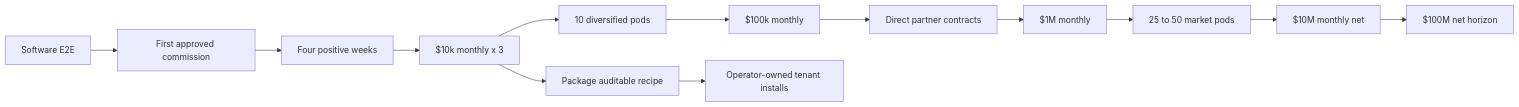
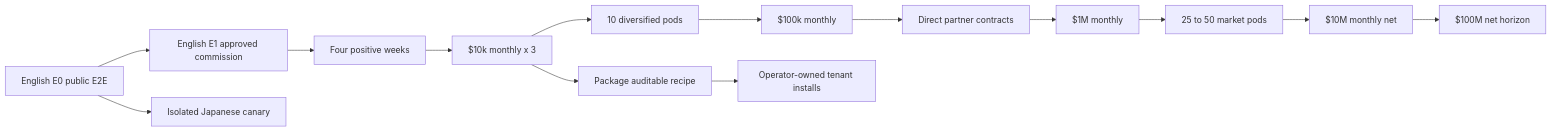
One commit to Daisuke134/anicca changed the third of 3 diagrams in docs/superpowers/specs/2026-08-05-affiliate-agent-design.md. Above: the diagram before and after it, drawn with Mermaid. The commit also changed other lines of this file and 2 other files, not shown here.

Commit message:
docs: make affiliate agent English-first

````diff
--- a/docs/superpowers/specs/2026-08-05-affiliate-agent-design.md
+++ b/docs/superpowers/specs/2026-08-05-affiliate-agent-design.md
@@ -559,15 +571,16 @@
 ```mermaid
 flowchart LR
-  S0[Software E2E] --> S1[First approved commission]
+  S0[English E0 public E2E] --> S1[English E1 approved commission]
+  S0 --> J0[Isolated Japanese canary]
   S1 --> S2[Four positive weeks]
   S2 --> S3[$10k monthly x 3]
   S3 --> S4[10 diversified pods]
   S4 --> S5[$100k monthly]
   S5 --> S6[Direct partner contracts]
   S6 --> S7[$1M monthly]
   S7 --> S8[25 to 50 market pods]
   S8 --> S9[$10M monthly net]
   S9 --> S10[$100M net horizon]
   S3 --> P1[Package auditable recipe]
   P1 --> P2[Operator-owned tenant installs]
 ```
````
